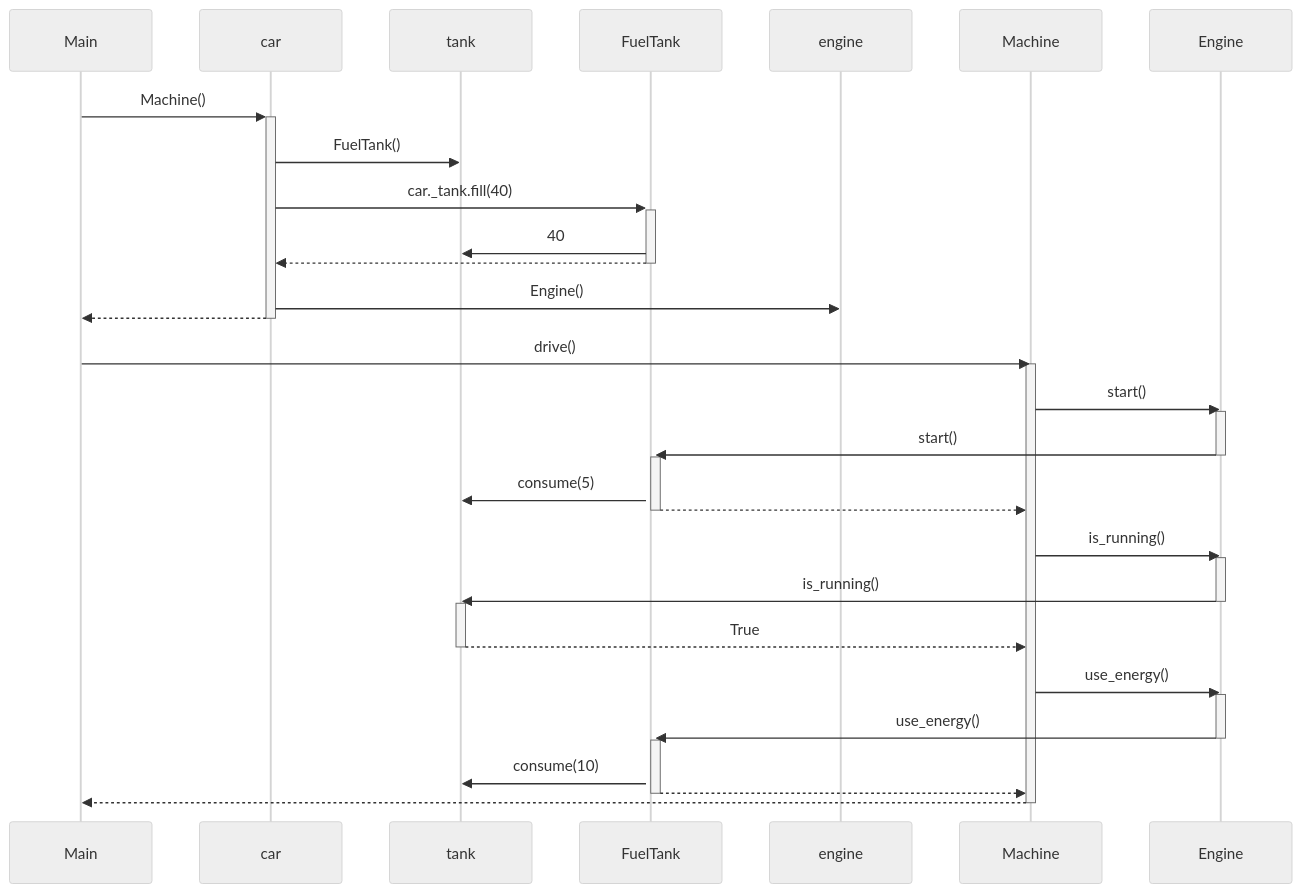
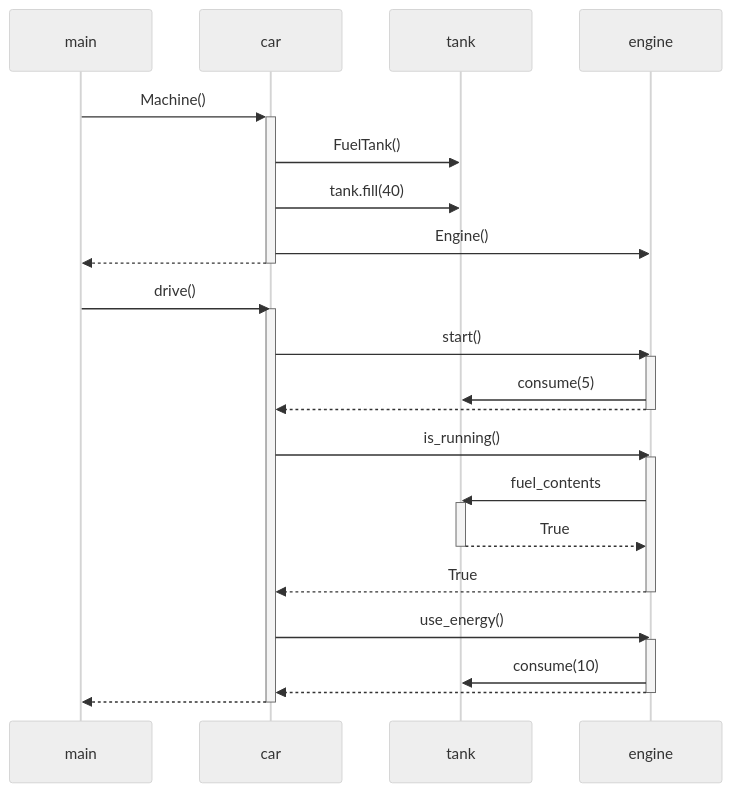
One commit to jmorrisv/ot-harjoitustyo changed the diagram in laskarit/viikko3/sekvenssikaavio.md. Above: the diagram before and after it, drawn with Mermaid (neutral theme).

````diff
--- a/laskarit/viikko3/sekvenssikaavio.md
+++ b/laskarit/viikko3/sekvenssikaavio.md
@@ -1,37 +1,30 @@
 ```mermaid
 sequenceDiagram
-Main ->>+ car: Machine()
+main ->>+ car: Machine()
 car ->> tank: FuelTank()
-car ->>+ FuelTank: car._tank.fill(40)
-FuelTank ->> tank: 40
-FuelTank -->>- car: 
+car ->> tank: tank.fill(40)
 car ->> engine: Engine()
-car -->>- Main: 
-Main ->> Machine: drive()
-activate Machine
-Machine ->> Engine: start()
-activate Engine
-Engine ->>+ FuelTank: start()
-deactivate Engine
-activate FuelTank
-FuelTank ->> tank: consume(5)
-FuelTank -->> Machine: 
-deactivate FuelTank
-Machine ->> Engine: is_running()
-activate Engine
-Engine ->> tank: is_running()
-deactivate Engine
+car -->>- main: 
+main ->> car: drive()
+activate car
+car ->> engine: start()
+activate engine
+engine ->> tank: consume(5)
+engine -->> car: 
+deactivate engine
+car ->> engine: is_running()
+activate engine
+engine ->> tank: fuel_contents
 activate tank
-tank -->> Machine: True
+tank -->> engine: True
 deactivate tank
-Machine ->> Engine: use_energy()
-activate Engine
-Engine ->> FuelTank: use_energy()
-deactivate Engine
-activate FuelTank
-FuelTank ->> tank: consume(10)
-FuelTank -->> Machine: 
-deactivate FuelTank
-Machine -->> Main: 
-deactivate Machine
+engine -->> car: True
+deactivate engine
+car ->> engine: use_energy()
+activate engine
+engine ->> tank: consume(10)
+engine -->> car: 
+deactivate engine
+car -->> main: 
+deactivate car
 ```
````
